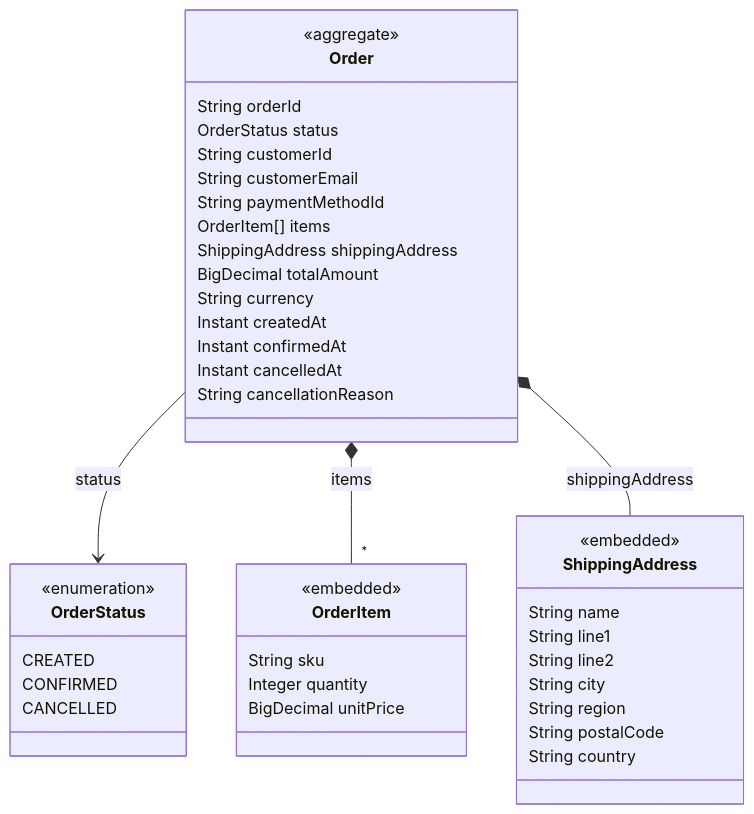
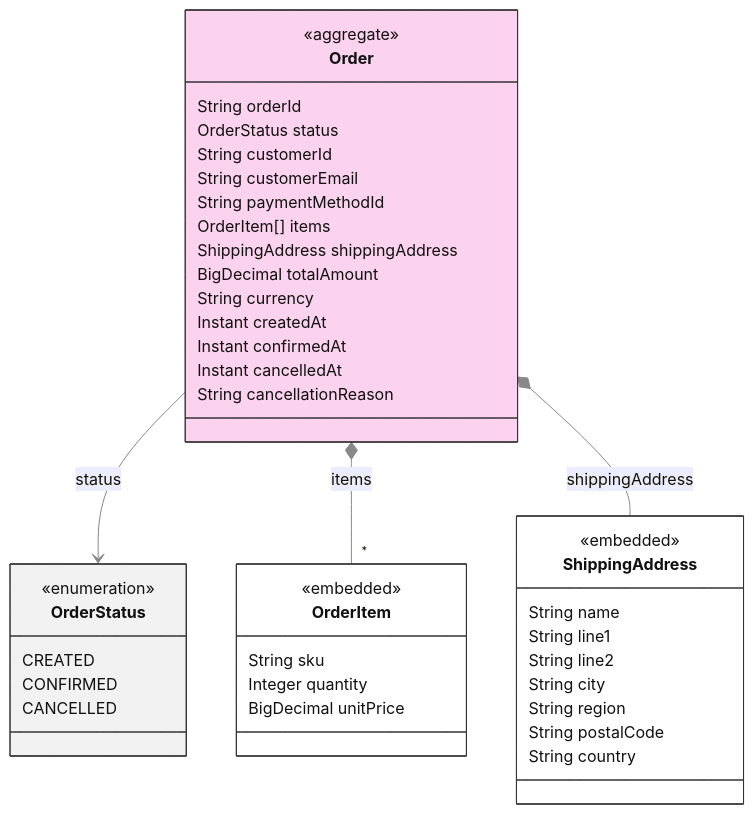
The third of 4 diagrams in dsl-docs/src/commonTest/resources/snapshots/arcadia-modulith/modules/orders-checkout.md (ZenWave360/dsl-kotlin), drawn with Mermaid before and after one commit. The commit also changed other lines of this file and 21 other files, not shown here.

Commit message:
feat(views): event class diagrams, light class diagram styling, command adapters

````diff
--- a/dsl-docs/src/commonTest/resources/snapshots/arcadia-modulith/modules/orders-checkout.md
+++ b/dsl-docs/src/commonTest/resources/snapshots/arcadia-modulith/modules/orders-checkout.md
@@ -115,44 +133,55 @@
 ```mermaid
+---
+config:
+  theme: default
+  themeVariables:
+    lineColor: "#888888"
+    edgeLabelBackground: "#ffffff"
+---
 classDiagram
     class Order {
         <<aggregate>>
         String orderId
         OrderStatus status
         String customerId
         String customerEmail
         String paymentMethodId
         OrderItem[] items
         ShippingAddress shippingAddress
         BigDecimal totalAmount
         String currency
         Instant createdAt
         Instant confirmedAt
         Instant cancelledAt
         String cancellationReason
     }
     class OrderItem {
         <<embedded>>
         String sku
         Integer quantity
         BigDecimal unitPrice
     }
     class ShippingAddress {
         <<embedded>>
         String name
         String line1
         String line2
         String city
         String region
         String postalCode
         String country
     }
     class OrderStatus {
         <<enumeration>>
         CREATED
         CONFIRMED
         CANCELLED
     }
     Order --> OrderStatus : status
     Order *-- "*" OrderItem : items
     Order *-- ShippingAddress : shippingAddress
+    style Order fill:#fbd3ee,stroke:#333333,color:#111111
+    style OrderItem fill:#ffffff,stroke:#333333,color:#111111
+    style ShippingAddress fill:#ffffff,stroke:#333333,color:#111111
+    style OrderStatus fill:#f2f2f2,stroke:#333333,color:#111111
 ```
````
